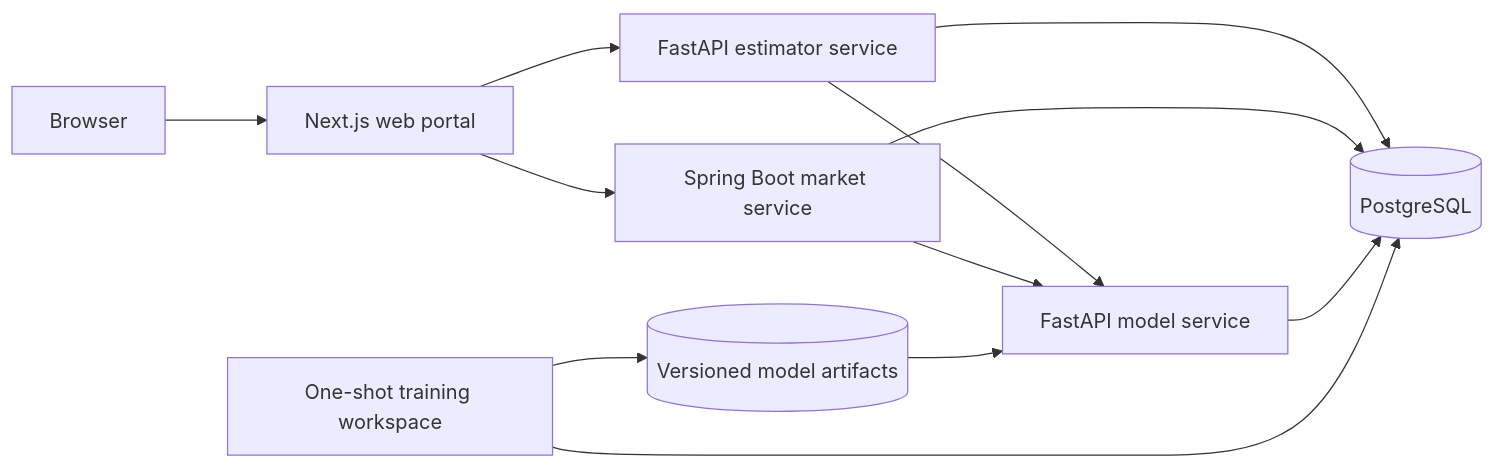
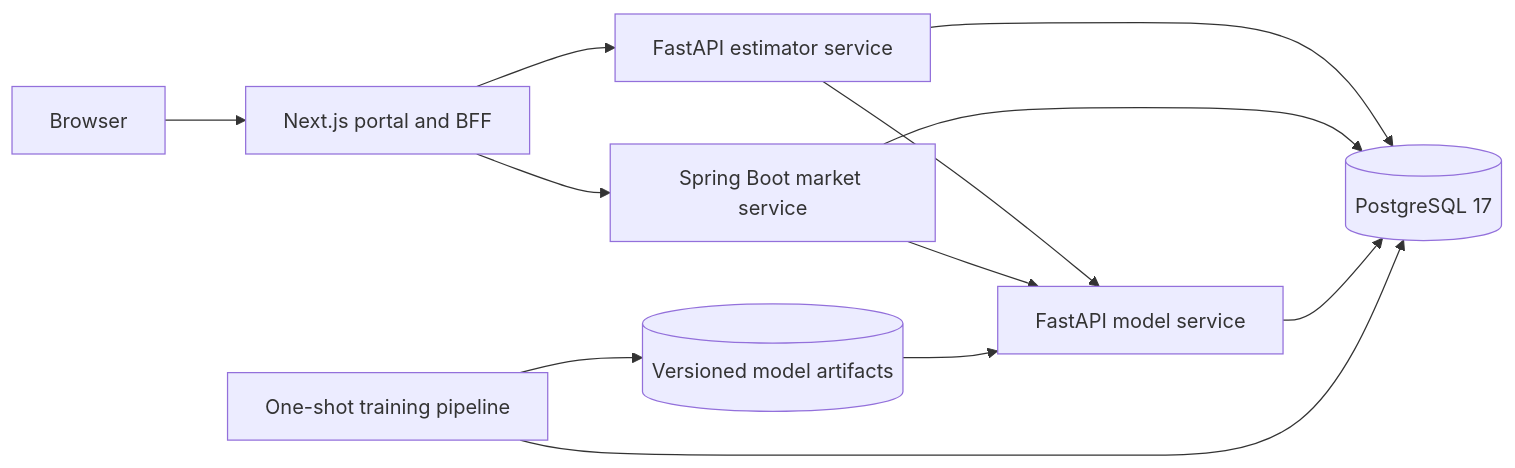
Before and after one commit to ChenhuaFan/house-price-estimator: the diagram in README.md, drawn with Mermaid. The commit also changed other lines of this file and 7 other files, not shown here.

````diff
--- a/README.md
+++ b/README.md
@@ -34,14 +129,14 @@
 ```mermaid
 flowchart LR
-    Browser[Browser] --> Portal[Next.js web portal]
+    Browser[Browser] --> Portal[Next.js portal and BFF]
     Portal --> Estimator[FastAPI estimator service]
     Portal --> Market[Spring Boot market service]
     Estimator --> Model[FastAPI model service]
     Market --> Model
-    Estimator --> PostgreSQL[(PostgreSQL)]
-    Market --> PostgreSQL
-    Model --> PostgreSQL
-    Training[One-shot training workspace] --> PostgreSQL
+    Estimator --> DB[(PostgreSQL 17)]
+    Market --> DB
+    Model --> DB
+    Training[One-shot training pipeline] --> DB
     Training --> Artifacts[(Versioned model artifacts)]
     Artifacts --> Model
 ```
````
